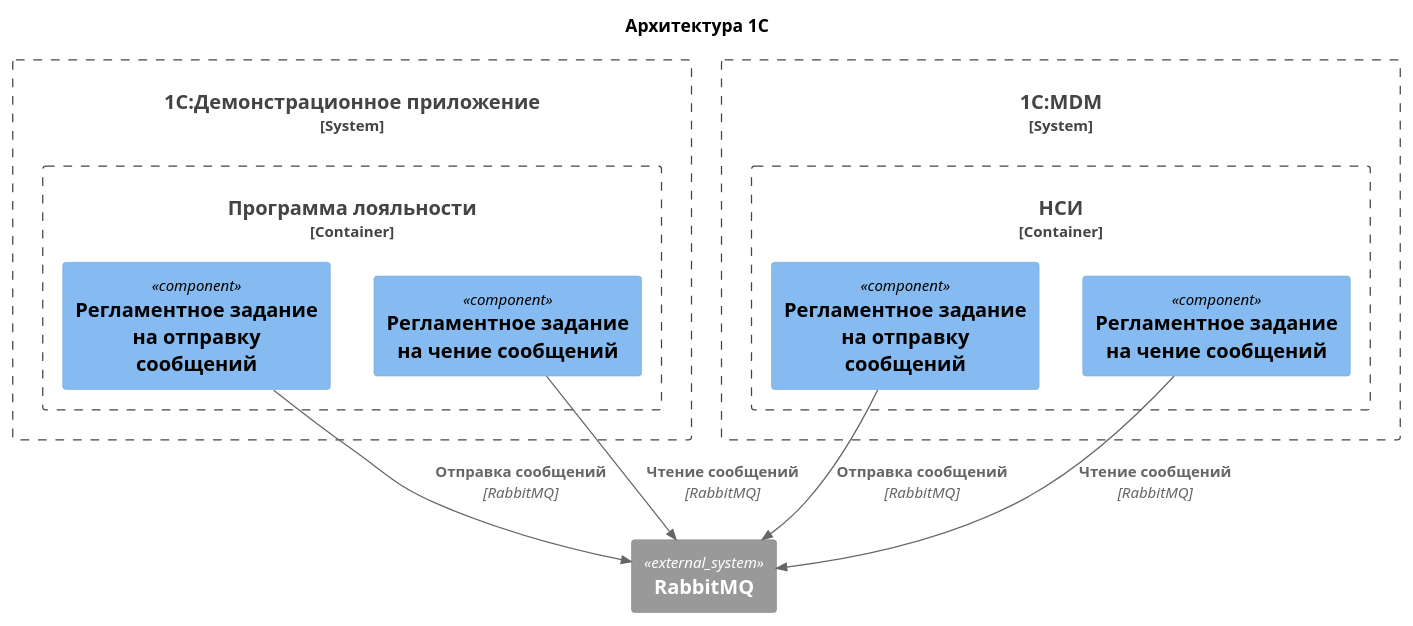
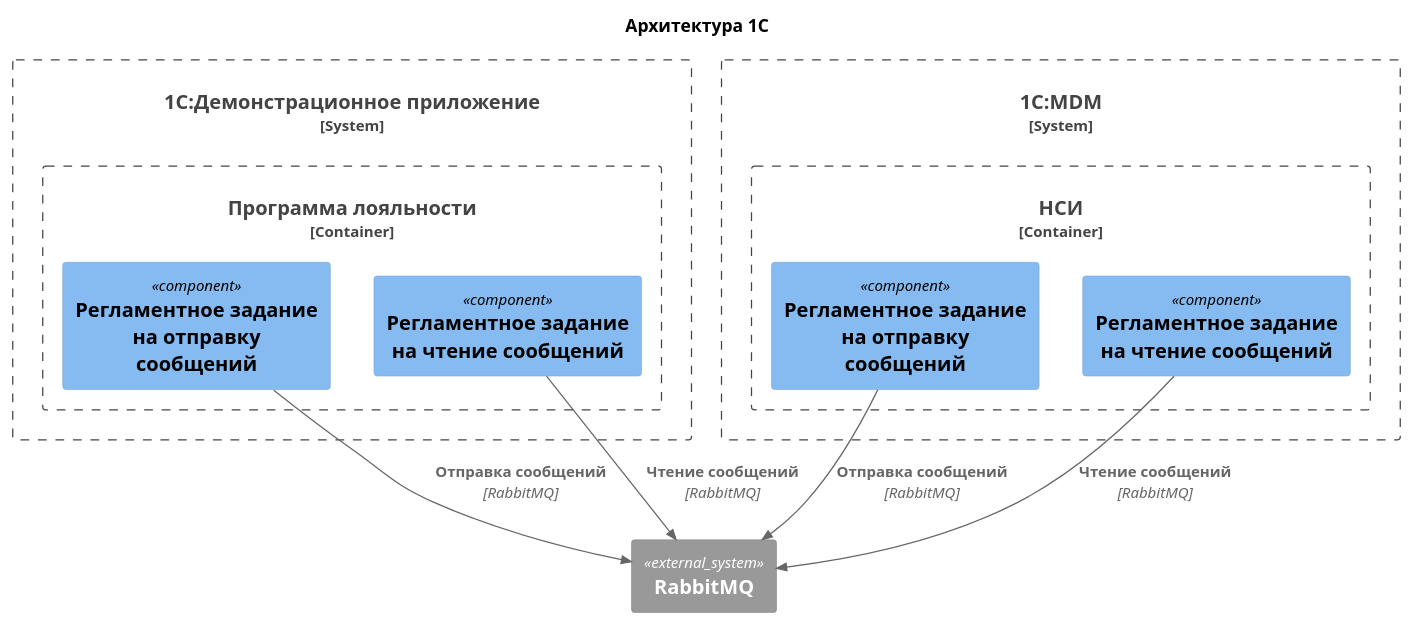
The diagram in docs/С4/Архитектуру продукта в С4.puml (ruslan24061990/final-project), drawn with PlantUML before and after one commit. The commit also changed 1 other file, not shown here.

```diff
--- a/docs/С4/Архитектуру продукта в С4.puml
+++ b/docs/С4/Архитектуру продукта в С4.puml
@@ -1,39 +1,39 @@
 @startuml
 !include https://raw.githubusercontent.com/plantuml-stdlib/C4-PlantUML/master/C4.puml
 !include https://raw.githubusercontent.com/plantuml-stdlib/C4-PlantUML/master/C4_Container.puml
 !include https://raw.githubusercontent.com/plantuml-stdlib/C4-PlantUML/master/C4_Component.puml
 
 title Архитектура 1С
 
 ' Системы
 System_Boundary(1C, "1C:Демонстрационное приложение") {
     Container_Boundary(ПрограммаЛояльности, "Программа лояльности", ""){
         Component(РегламентноеЗаданиеНаОтправкуСообщений, "Регламентное задание на отправку сообщений",, "")
-        Component(РегламентноеЗаданиеНаЧтениеСообщений, "Регламентное задание на чение сообщений",, "")
+        Component(РегламентноеЗаданиеНаЧтениеСообщений, "Регламентное задание на чтение сообщений",, "")
 
     } 
 
         
 }
 
 
 System_Boundary(MDM, "1C:MDM") {
     Container_Boundary(НСИ, "НСИ", ""){
         Component(РегламентноеЗаданиеНаОтправкуСообщенийMDM, "Регламентное задание на отправку сообщений",, "")
-        Component(РегламентноеЗаданиеНаЧтениеСообщенийMDM, "Регламентное задание на чение сообщений",, "")
+        Component(РегламентноеЗаданиеНаЧтениеСообщенийMDM, "Регламентное задание на чтение сообщений",, "")
 
     } 
 }
 
 ' Внешние системы
 System_Ext(RabbitMQ,"RabbitMQ")
 
 ' Связи 1С с MDM
 
 
 Rel(РегламентноеЗаданиеНаОтправкуСообщений, RabbitMQ, "Отправка сообщений", "RabbitMQ")
 Rel(РегламентноеЗаданиеНаЧтениеСообщений, RabbitMQ, "Чтение сообщений", "RabbitMQ")
 Rel(РегламентноеЗаданиеНаОтправкуСообщенийMDM, RabbitMQ, "Отправка сообщений", "RabbitMQ")
 Rel(РегламентноеЗаданиеНаЧтениеСообщенийMDM, RabbitMQ, "Чтение сообщений", "RabbitMQ")
 
 @enduml
```
